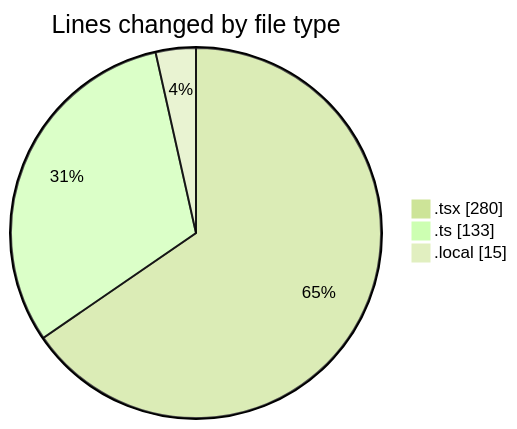
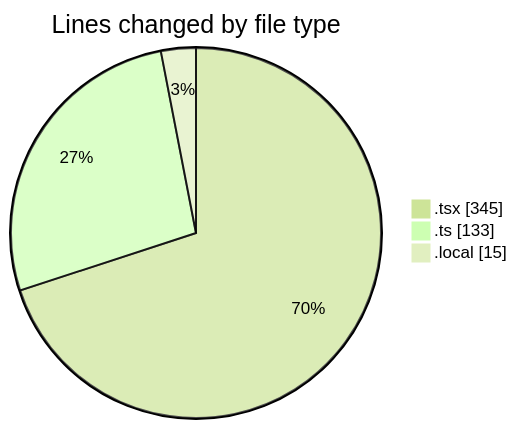
One commit to julien-gomy/code-tracking changed the first of 2 diagrams in 2025-11-04/eventscop-frontend-guide__workspace_/README.md. Above: the diagram before and after it, drawn with Mermaid (forest theme). The commit also changed other lines of this file and 1 other file, not shown here.

````diff
--- a/2025-11-04/eventscop-frontend-guide__workspace_/README.md
+++ b/2025-11-04/eventscop-frontend-guide__workspace_/README.md
@@ -24,7 +25,7 @@
 ```mermaid
 pie showData
 title Lines changed by file type
-".tsx" : 280
+".tsx" : 345
 ".ts" : 133
 ".local" : 15
 ```
````
